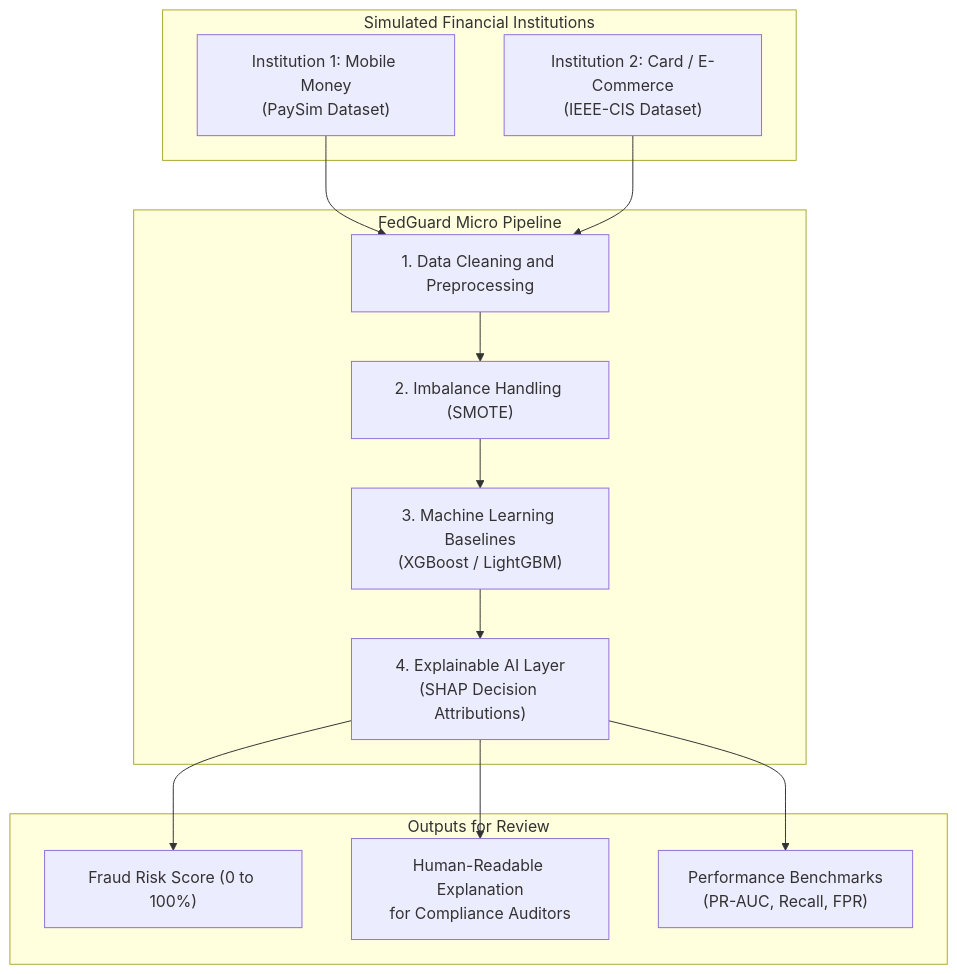
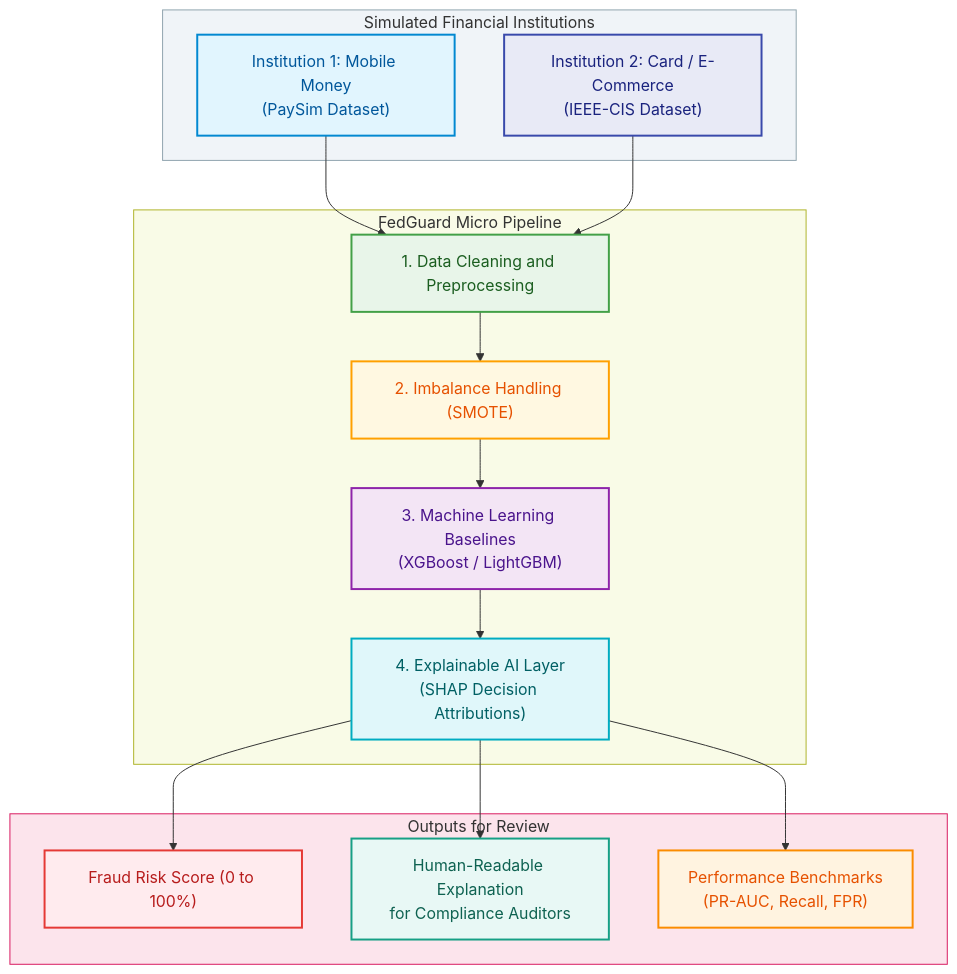
The diagram in README.md (End-2007/Privacy-Preserving-Multi-Institutional-Financial-Fraud-Detection), drawn with Mermaid before and after one commit. The commit also changed other lines of this file and 2 other files, not shown here.

````diff
--- a/README.md
+++ b/README.md
@@ -25,30 +25,44 @@
 ```mermaid
 flowchart TD
     subgraph DataSources["Simulated Financial Institutions"]
         D1["Institution 1: Mobile Money\n(PaySim Dataset)"]
         D2["Institution 2: Card / E-Commerce\n(IEEE-CIS Dataset)"]
     end
 
     subgraph MicroPipeline["FedGuard Micro Pipeline"]
         P["1. Data Cleaning and Preprocessing"]
         S["2. Imbalance Handling (SMOTE)"]
         M["3. Machine Learning Baselines\n(XGBoost / LightGBM)"]
         X["4. Explainable AI Layer\n(SHAP Decision Attributions)"]
 
         P --> S
         S --> M
         M --> X
     end
 
     subgraph Deliverables["Outputs for Review"]
         R1["Fraud Risk Score (0 to 100%)"]
         R2["Human-Readable Explanation\nfor Compliance Auditors"]
         R3["Performance Benchmarks\n(PR-AUC, Recall, FPR)"]
     end
 
     D1 --> P
     D2 --> P
     X --> R1
     X --> R2
     X --> R3
+
+    style DataSources fill:#F0F4F8,stroke:#90A4AE,stroke-width:1px
+    style MicroPipeline fill:#F9FBE7,stroke:#AFB42B,stroke-width:1px
+    style Deliverables fill:#FCE4EC,stroke:#D81B60,stroke-width:1px
+
+    style D1 fill:#E1F5FE,stroke:#0288D1,stroke-width:2px,color:#01579B
+    style D2 fill:#E8EAF6,stroke:#3949AB,stroke-width:2px,color:#1A237E
+    style P fill:#E8F5E9,stroke:#43A047,stroke-width:2px,color:#1B5E20
+    style S fill:#FFF8E1,stroke:#FFA000,stroke-width:2px,color:#E65100
+    style M fill:#F3E5F5,stroke:#8E24AA,stroke-width:2px,color:#4A148C
+    style X fill:#E0F7FA,stroke:#00ACC1,stroke-width:2px,color:#006064
+    style R1 fill:#FFEBEE,stroke:#E53935,stroke-width:2px,color:#B71C1C
+    style R2 fill:#E8F8F5,stroke:#16A085,stroke-width:2px,color:#0E6251
+    style R3 fill:#FFF3E0,stroke:#FB8C00,stroke-width:2px,color:#E65100
 ```
````
